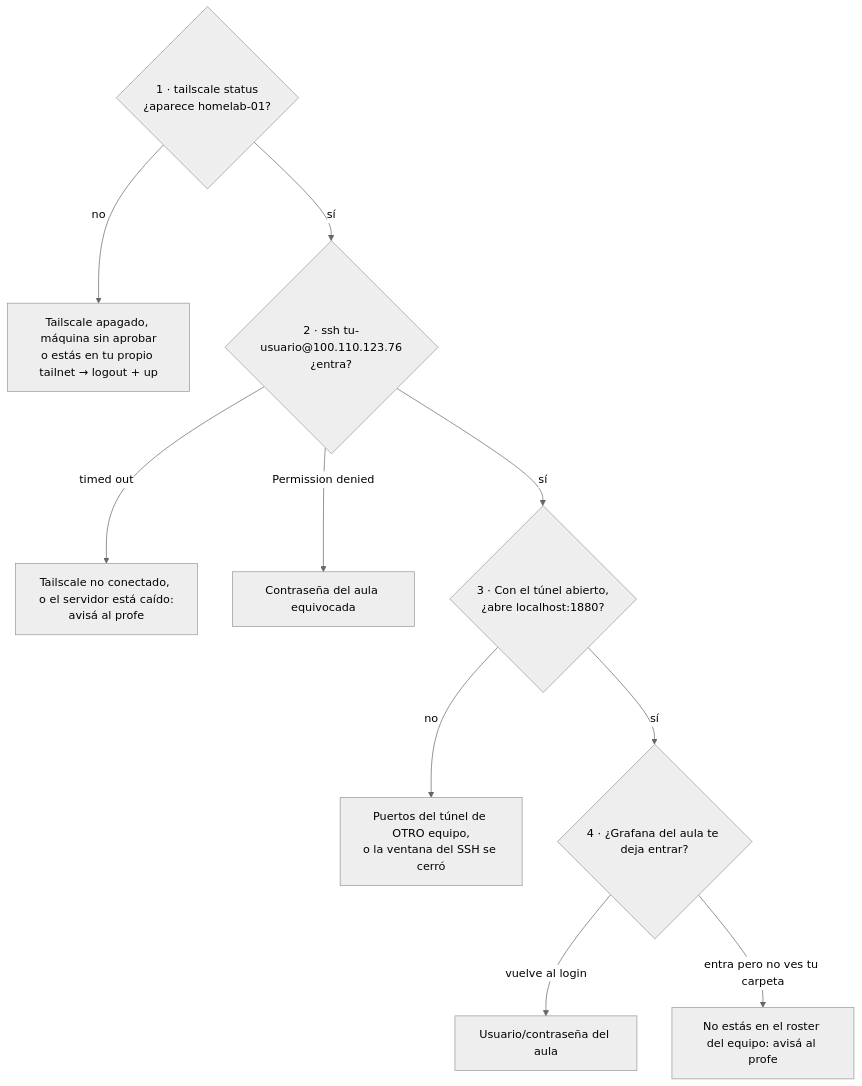
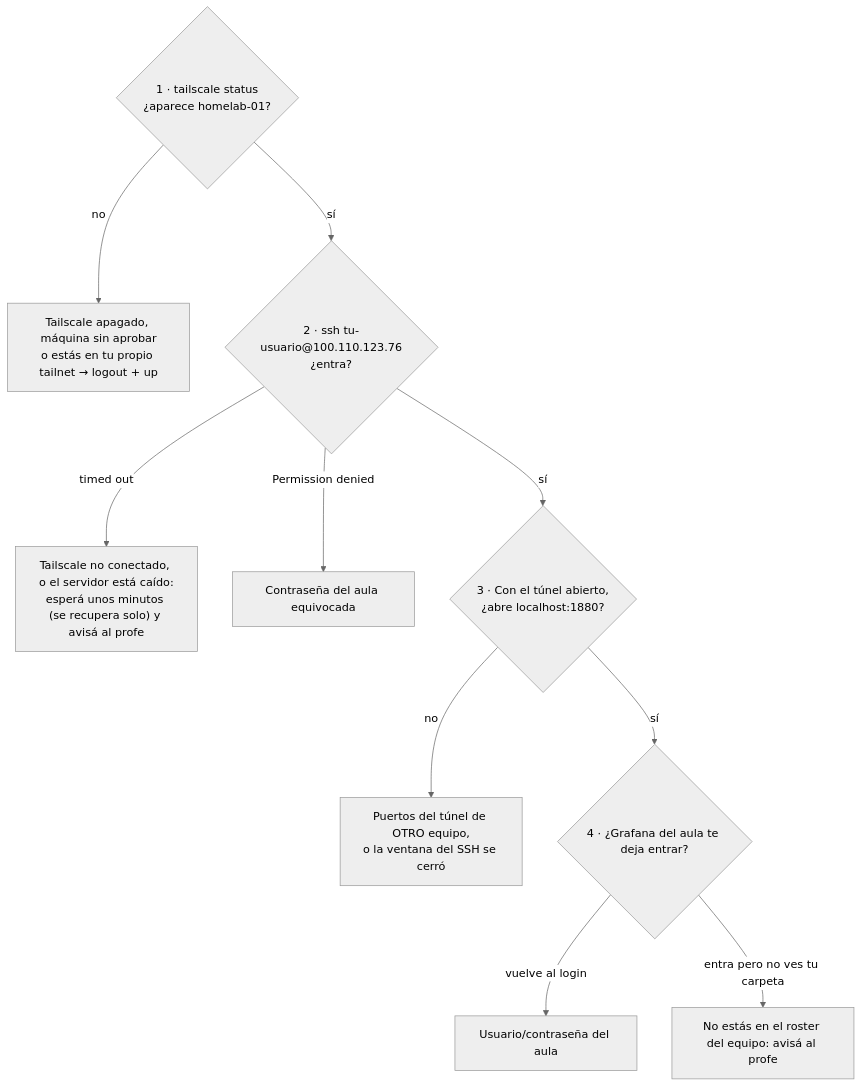
Before and after one commit to resourceldg/homelab: the third of 3 diagrams in docs/handbook/diagnostico.md, drawn with Mermaid (neutral theme). The commit also changed 23 other files, not shown here.

````diff
--- a/docs/handbook/diagnostico.md
+++ b/docs/handbook/diagnostico.md
@@ -224,12 +224,12 @@
 ```mermaid
 flowchart TB
   A{"1 · tailscale status<br/>¿aparece homelab-01?"} -->|no| A1["Tailscale apagado, máquina sin aprobar<br/>o estás en tu propio tailnet → logout + up"]
   A -->|sí| B{"2 · ssh tu-usuario@100.110.123.76<br/>¿entra?"}
-  B -->|"timed out"| B1["Tailscale no conectado, o el servidor está caído:<br/>avisá al profe"]
+  B -->|"timed out"| B1["Tailscale no conectado, o el servidor está caído:<br/>esperá unos minutos (se recupera solo) y avisá al profe"]
   B -->|"Permission denied"| B2["Contraseña del aula equivocada"]
   B -->|sí| C{"3 · Con el túnel abierto,<br/>¿abre localhost:1880?"}
   C -->|no| C1["Puertos del túnel de OTRO equipo,<br/>o la ventana del SSH se cerró"]
   C -->|sí| D{"4 · ¿Grafana del aula te deja entrar?"}
   D -->|"vuelve al login"| D1["Usuario/contraseña del aula"]
   D -->|"entra pero no ves tu carpeta"| D2["No estás en el roster del equipo: avisá al profe"]
 ```
````
